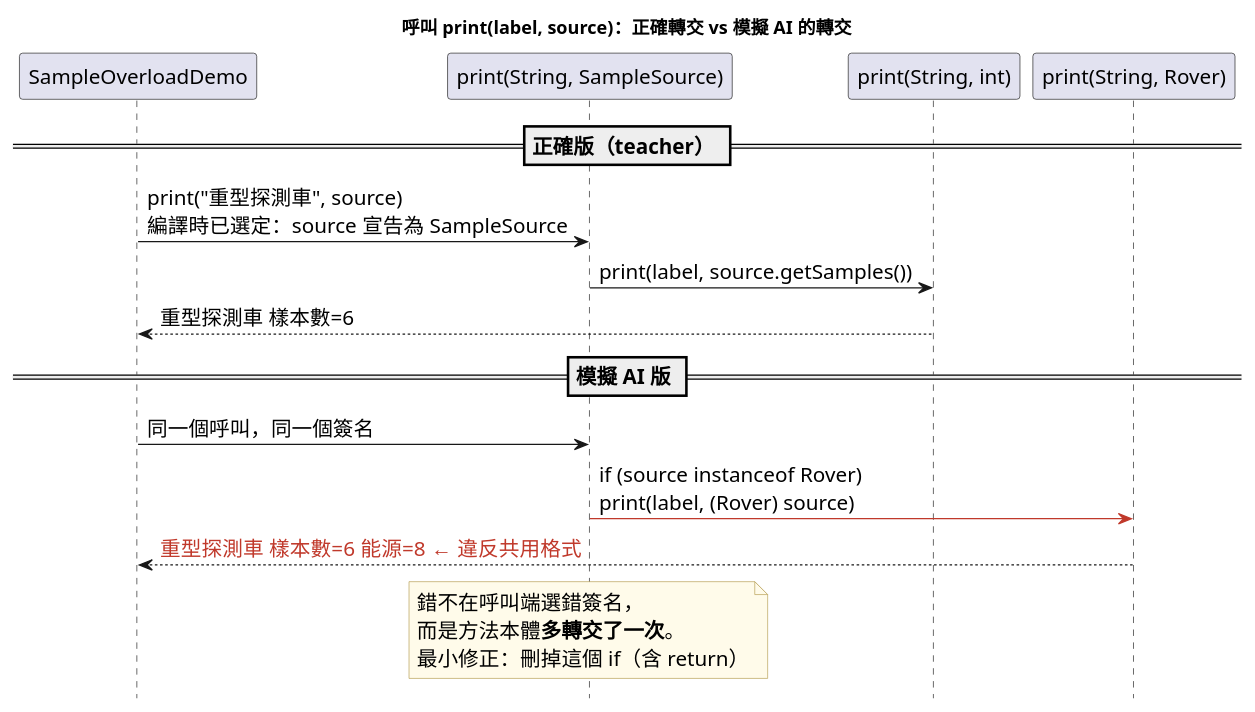
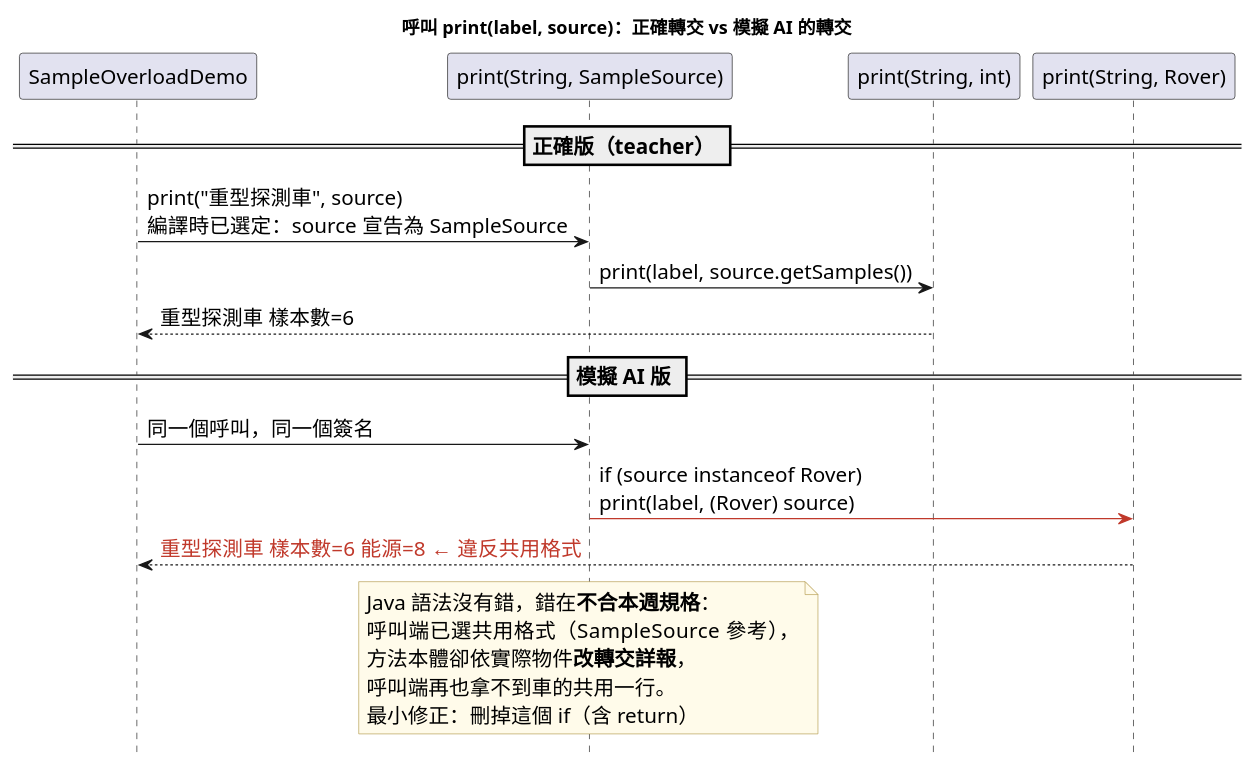
The diagram in week10/codex版本/diagrams/ai_forward_claude.puml (shuochenghu/115_1_Java_Tutorial), drawn with PlantUML before and after one commit. The commit also changed 140 other files, not shown here.

```diff
--- a/week10/codex版本/diagrams/ai_forward_claude.puml
+++ b/week10/codex版本/diagrams/ai_forward_claude.puml
@@ -1,24 +1,24 @@
 @startuml
 skinparam defaultFontName "Microsoft JhengHei"
 skinparam defaultFontSize 16
 skinparam shadowing false
 skinparam backgroundColor #FFFFFF
 skinparam sequenceMessageAlign left
 hide footbox
 skinparam noteBackgroundColor #FFFBEA
 skinparam noteBorderColor #B39B4D
 title 呼叫 print(label, source)：正確轉交 vs 模擬 AI 的轉交
 participant "SampleOverloadDemo" as D
 participant "print(String, SampleSource)" as P2
 participant "print(String, int)" as P3
 participant "print(String, Rover)" as P1
 == 正確版（teacher） ==
 D -> P2 : print("重型探測車", source)\n編譯時已選定：source 宣告為 SampleSource
 P2 -> P3 : print(label, source.getSamples())
 P3 --> D : 重型探測車 樣本數=6
 == 模擬 AI 版 ==
 D -> P2 : 同一個呼叫，同一個簽名
 P2 -[#C0392B]> P1 : if (source instanceof Rover)\nprint(label, (Rover) source)
 P1 --> D : <color:#C0392B>重型探測車 樣本數=6 能源=8  ← 違反共用格式</color>
-note over P2 : 錯不在呼叫端選錯簽名，\n而是方法本體<b>多轉交了一次</b>。\n最小修正：刪掉這個 if（含 return）
+note over P2 : Java 語法沒有錯，錯在<b>不合本週規格</b>：\n呼叫端已選共用格式（SampleSource 參考），\n方法本體卻依實際物件<b>改轉交詳報</b>，\n呼叫端再也拿不到車的共用一行。\n最小修正：刪掉這個 if（含 return）
 @enduml
```
